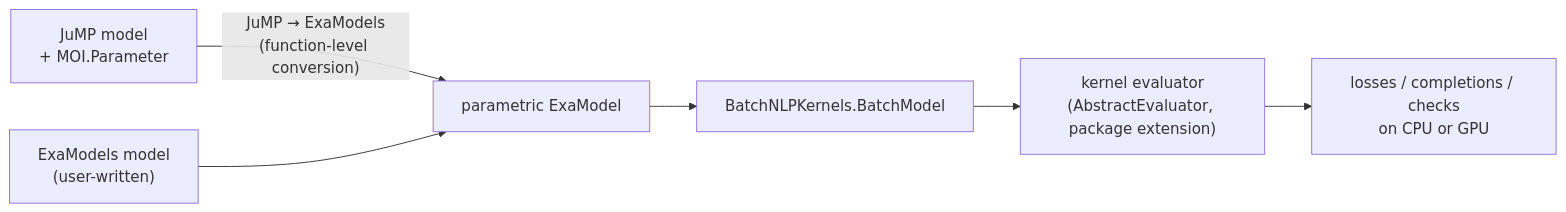
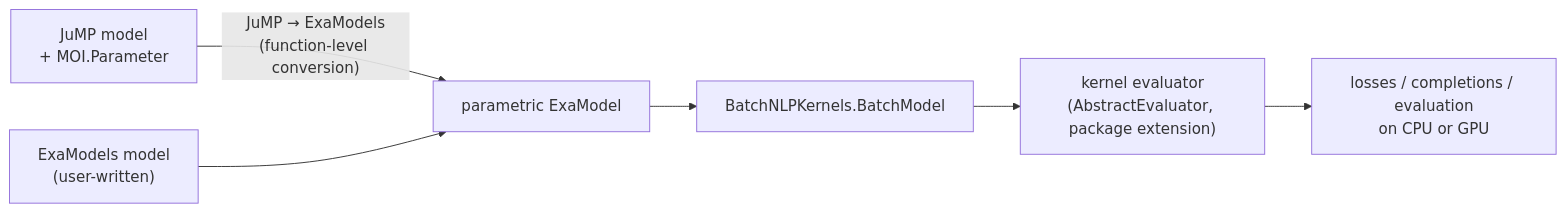
Before and after one commit to LearningToOptimize/LearningToOptimize.jl: the fifth of 5 diagrams in docs/src/design.md, drawn with Mermaid. The commit also changed other lines of this file and 5 other files, not shown here.

````diff
--- a/docs/src/design.md
+++ b/docs/src/design.md
@@ -232,8 +223,8 @@
 ```mermaid
 flowchart LR
     J["JuMP model<br/>+ MOI.Parameter"] -->|"JuMP → ExaModels<br/>(function-level conversion)"| E["parametric ExaModel"]
     X["ExaModels model<br/>(user-written)"] --> E
     E --> BM["BatchNLPKernels.BatchModel"]
     BM --> KE["kernel evaluator<br/>(AbstractEvaluator, package extension)"]
-    KE --> L["losses / completions / checks<br/>on CPU or GPU"]
+    KE --> L["losses / completions / evaluation<br/>on CPU or GPU"]
 ```
````
